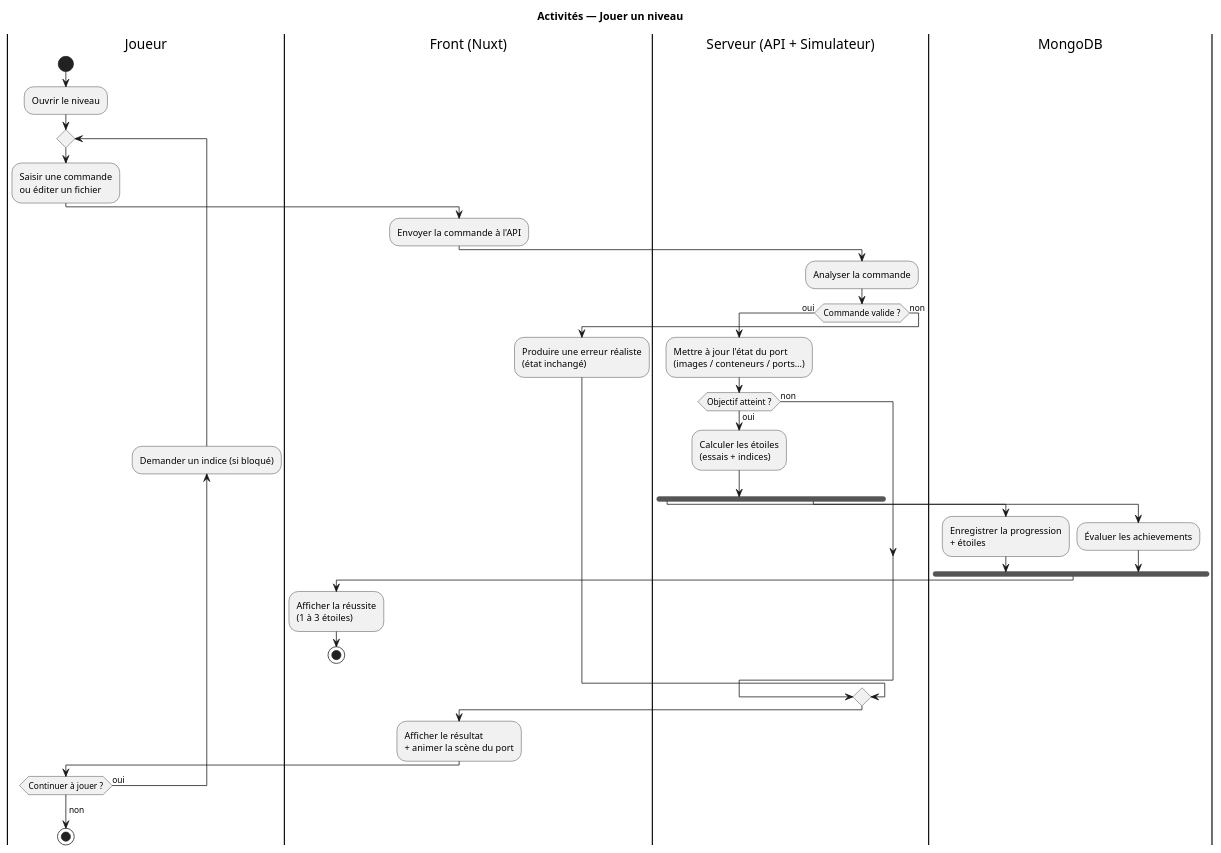
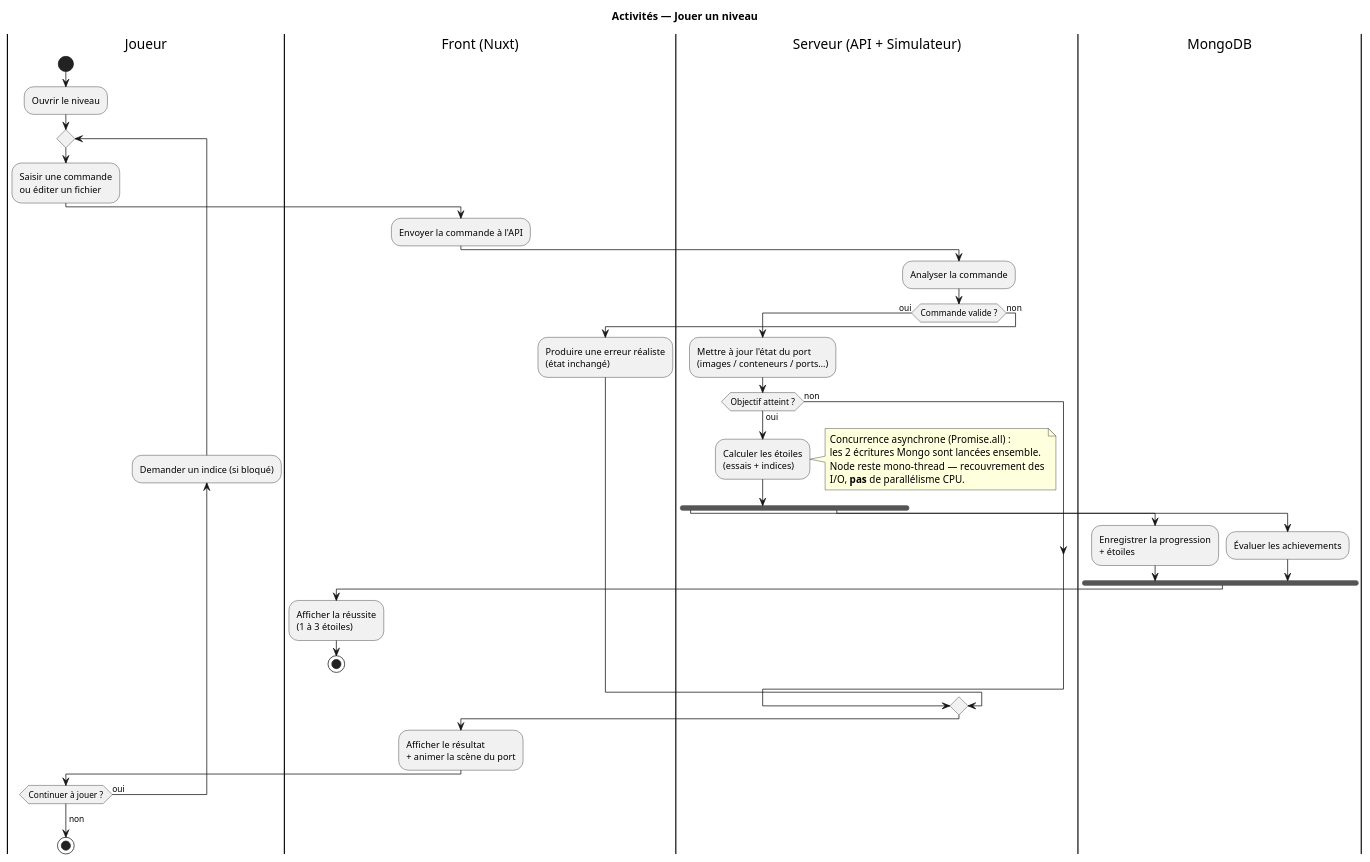
The diagram in docs/modelisation/02-activites.puml (AndreLiar/coordinationBackFront), drawn with PlantUML before and after one commit. The commit also changed 11 other files, not shown here.

First line of the commit message:
docs(modélisation): corrige 2 retours prof (acteur MongoDB + parallélisme TS)

```diff
--- a/docs/modelisation/02-activites.puml
+++ b/docs/modelisation/02-activites.puml
@@ -1,51 +1,57 @@
 @startuml activites-jouer-niveau
 ' Diagramme d'activités — « Jouer un niveau » (notation UML stricte)
-' Swimlanes = responsabilités ; fork/join = parallélisme.
+' Swimlanes = responsabilités ; fork/join = concurrence asynchrone (Promise.all), pas de thread.
 ' Rendu : plantuml 02-activites.puml  (ou extension VS Code PlantUML)
 
 skinparam shadowing false
 title Activités — Jouer un niveau
 
 |Joueur|
 start
 :Ouvrir le niveau;
 
 repeat
   |Joueur|
   :Saisir une commande\nou éditer un fichier;
 
   |Front (Nuxt)|
   :Envoyer la commande à l'API;
 
   |Serveur (API + Simulateur)|
   :Analyser la commande;
   if (Commande valide ?) then (oui)
     :Mettre à jour l'état du port\n(images / conteneurs / ports…);
     if (Objectif atteint ?) then (oui)
       :Calculer les étoiles\n(essais + indices);
+      note right
+        Concurrence asynchrone (Promise.all) :
+        les 2 écritures Mongo sont lancées ensemble.
+        Node reste mono-thread — recouvrement des
+        I/O, **pas** de parallélisme CPU.
+      end note
       fork
         |MongoDB|
         :Enregistrer la progression\n+ étoiles;
       fork again
         |MongoDB|
         :Évaluer les achievements;
       end fork
       |Front (Nuxt)|
       :Afficher la réussite\n(1 à 3 étoiles);
       stop
     else (non)
     endif
   else (non)
     :Produire une erreur réaliste\n(état inchangé);
   endif
 
   |Front (Nuxt)|
   :Afficher le résultat\n+ animer la scène du port;
 
   |Joueur|
   backward:Demander un indice (si bloqué);
 repeat while (Continuer à jouer ?) is (oui)
 ->non;
 stop
 
 @enduml
```
